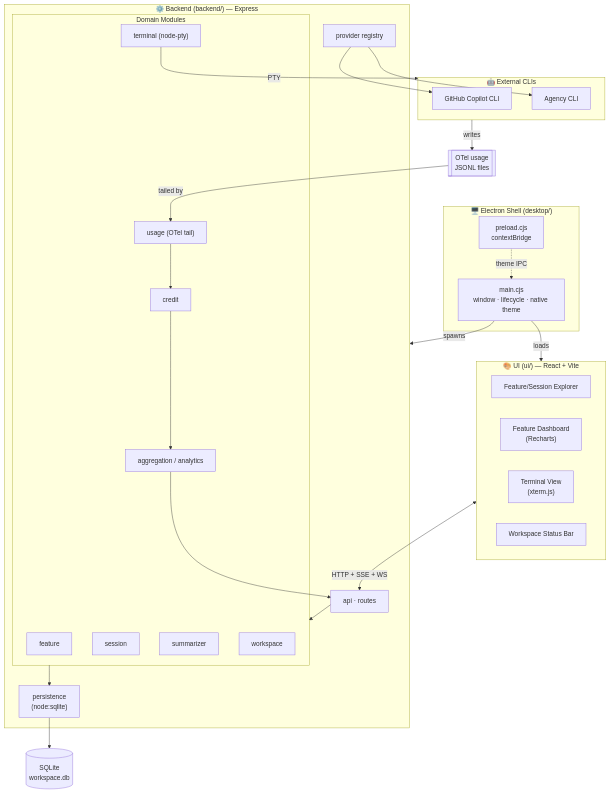
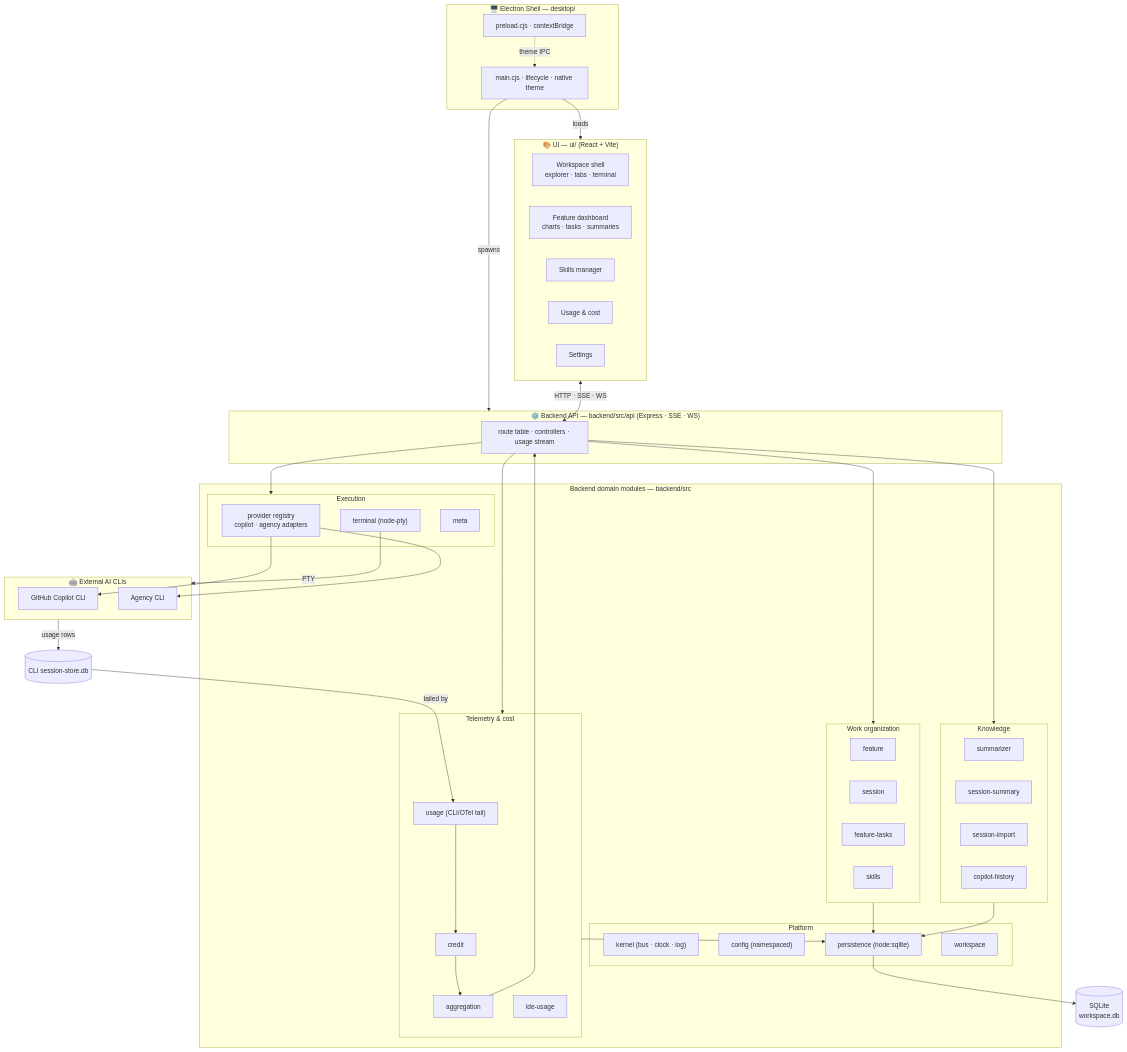
The diagram in README.md (sourabh1007/ai-project-studio), drawn with Mermaid before and after one commit. The commit also changed other lines of this file and 12 other files, not shown here.

````diff
--- a/README.md
+++ b/README.md
@@ -11,53 +15,72 @@
 ```mermaid
 flowchart TB
-    subgraph Desktop["🖥️ Electron Shell (desktop/)"]
-        Main["main.cjs<br/>window · lifecycle · native theme"]
-        Preload["preload.cjs<br/>contextBridge"]
+    subgraph Desktop["🖥️ Electron Shell — desktop/"]
+        Main["main.cjs · lifecycle · native theme"]
+        Preload["preload.cjs · contextBridge"]
     end
 
-    subgraph UI["🎨 UI (ui/) — React + Vite"]
-        Explorer["Feature/Session Explorer"]
-        Dashboard["Feature Dashboard<br/>(Recharts)"]
-        Term["Terminal View<br/>(xterm.js)"]
-        StatusBar["Workspace Status Bar"]
+    subgraph UI["🎨 UI — ui/  (React + Vite)"]
+        Workspace["Workspace shell<br/>explorer · tabs · terminal"]
+        FeatDash["Feature dashboard<br/>charts · tasks · summaries"]
+        SkillsUI["Skills manager"]
+        UsageUI["Usage & cost"]
+        SettingsUI["Settings"]
     end
 
-    subgraph Backend["⚙️ Backend (backend/) — Express"]
-        API["api · routes"]
-        subgraph Modules["Domain Modules"]
-            Feature["feature"]
-            Session["session"]
-            TerminalM["terminal (node-pty)"]
-            Usage["usage (OTel tail)"]
-            Credit["credit"]
-            Aggregation["aggregation / analytics"]
-            Summarizer["summarizer"]
-            Workspace["workspace"]
-        end
-        Persistence["persistence<br/>(node:sqlite)"]
-        Provider["provider registry"]
+    subgraph API["⚙️ Backend API — backend/src/api  (Express · SSE · WS)"]
+        Routes["route table · controllers · usage stream"]
     end
 
-    subgraph CLIs["🤖 External CLIs"]
+    subgraph Domain["Backend domain modules — backend/src"]
+        subgraph Org["Work organization"]
+            feature["feature"]
+            session["session"]
+            tasks["feature-tasks"]
+            skills["skills"]
+        end
+        subgraph Exec["Execution"]
+            provider["provider registry<br/>copilot · agency adapters"]
+            terminal["terminal (node-pty)"]
+            meta["meta"]
+        end
+        subgraph Tel["Telemetry & cost"]
+            usage["usage (CLI/OTel tail)"]
+            credit["credit"]
+            aggregation["aggregation"]
+            ideUsage["ide-usage"]
+        end
+        subgraph Know["Knowledge"]
+            summarizer["summarizer"]
+            sessionSummary["session-summary"]
+            sessionImport["session-import"]
+            copilotHistory["copilot-history"]
+        end
+        subgraph Plat["Platform"]
+            kernel["kernel (bus · clock · log)"]
+            config["config (namespaced)"]
+            persistence["persistence (node:sqlite)"]
+            workspaceMod["workspace"]
+        end
+    end
+
+    subgraph CLIs["🤖 External AI CLIs"]
         Copilot["GitHub Copilot CLI"]
         Agency["Agency CLI"]
     end
 
     DB[("SQLite<br/>workspace.db")]
-    OTel[["OTel usage<br/>JSONL files"]]
+    CliDB[("CLI session-store.db")]
 
-    Main -- spawns --> Backend
+    Main -- spawns --> API
     Main -- loads --> UI
-    UI <-- "HTTP + SSE + WS" --> API
+    UI <-- "HTTP · SSE · WS" --> Routes
     Preload -. "theme IPC" .-> Main
 
-    API --> Modules
-    Modules --> Persistence
-    Persistence --> DB
-    Provider --> Copilot
-    Provider --> Agency
-    TerminalM -- PTY --> CLIs
-    CLIs -- writes --> OTel
-    OTel -- tailed by --> Usage
-    Usage --> Credit --> Aggregation --> API
+    Routes --> Org & Exec & Tel & Know
+    provider --> Copilot & Agency
+    terminal -- PTY --> CLIs
+    CLIs -- usage rows --> CliDB
+    CliDB -- tailed by --> usage
+    usage --> credit --> aggregation --> Routes
+    Org & Tel & Know --> persistence --> DB
 ```
````
